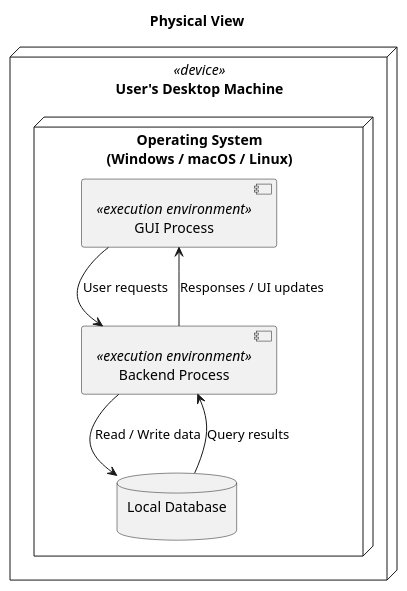
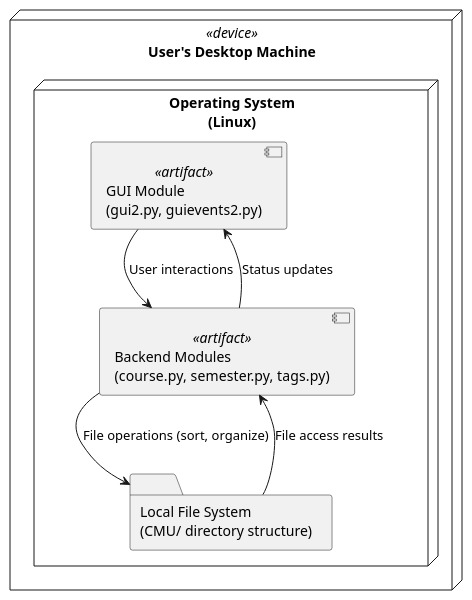
One commit to BandFrLife/fileSorter2026 changed the diagram in uml/physical_view.plantuml. Above: the diagram before and after it, drawn with PlantUML. The commit also changed 7 other files, not shown here.

Commit message:
update uml files

```diff
--- a/uml/physical_view.plantuml
+++ b/uml/physical_view.plantuml
@@ -1,35 +1,31 @@
-@startuml Physical_View
-
-title Physical View
-
+@startuml
 ' ─────────────────────────────────────────────
 ' Physical Node: User's Desktop Machine
 ' ─────────────────────────────────────────────
 node "User's Desktop Machine" as Desktop <<device>> {
 
-  node "Operating System\n(Windows / macOS / Linux)" as OS {
+  node "Operating System\n(Linux)" as OS {
 
-    ' ── Frontend Process ──────────────────────
-    component "GUI Process" as GUIProcess <<execution environment>> {
+    ' ── Application Components ─────────────────
+    component "GUI Module\n(gui2.py, guievents2.py)" as GUIModule <<artifact>> {
     }
 
-    ' ── Backend Process ───────────────────────
-    component "Backend Process" as BackendProcess <<execution environment>> {
+    component "Backend Modules\n(course.py, semester.py, tags.py)" as BackendModule <<artifact>> {
     }
 
-    ' ── Local Database ────────────────────────
-    database "Local Database\n" as LocalDB
+    ' ── File System ────────────────────────────
+    folder "Local File System\n(CMU/ directory structure)" as FileSystem
   }
 
 }
 
 ' ─────────────────────────────────────────────
 ' Connections
 ' ─────────────────────────────────────────────
-GUIProcess -down-> BackendProcess : User requests
-BackendProcess -down-> LocalDB : Read / Write data
+GUIModule -down-> BackendModule : User interactions
+BackendModule -down-> FileSystem : File operations (sort, organize)
 
-BackendProcess -up-> GUIProcess : Responses / UI updates
-LocalDB -up-> BackendProcess : Query results
+BackendModule -up-> GUIModule : Status updates
+FileSystem -up-> BackendModule : File access results
 
 @enduml
```
